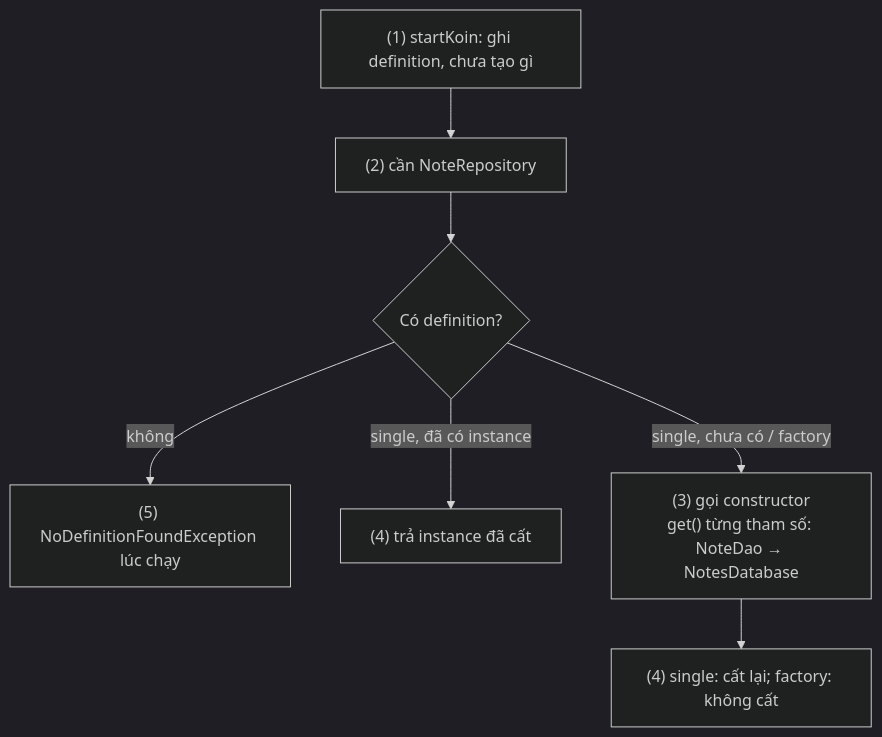
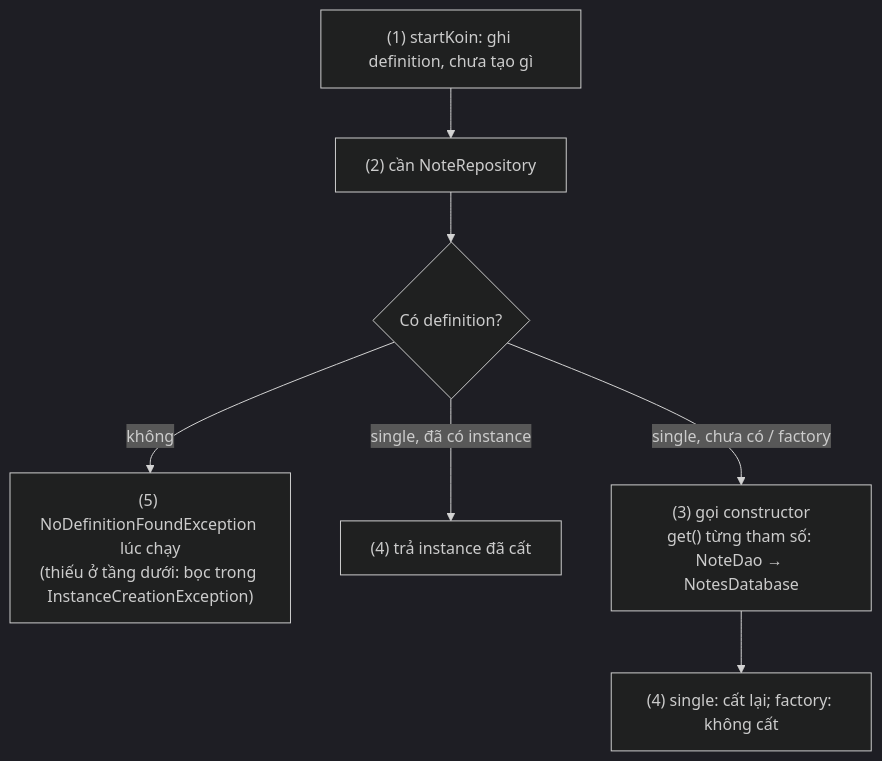
Before and after one commit to h1eu/knowledge: the first of 4 diagrams in knowledge/android/docs/session_07/design_pattern/di/koin.md, drawn with Mermaid (dark theme). The commit also changed other lines of this file and 19 other files, not shown here.

````diff
--- a/knowledge/android/docs/session_07/design_pattern/di/koin.md
+++ b/knowledge/android/docs/session_07/design_pattern/di/koin.md
@@ -98,9 +99,9 @@
 ```mermaid
 flowchart TD
     Start["(1) startKoin: ghi definition, chưa tạo gì"] --> Req["(2) cần NoteRepository"]
     Req --> Found{"Có definition?"}
-    Found -->|"không"| Err["(5) NoDefinitionFoundException lúc chạy"]
+    Found -->|"không"| Err["(5) NoDefinitionFoundException lúc chạy<br/>(thiếu ở tầng dưới: bọc trong InstanceCreationException)"]
     Found -->|"single, đã có instance"| Cached["(4) trả instance đã cất"]
     Found -->|"single, chưa có / factory"| Create["(3) gọi constructor<br/>get() từng tham số: NoteDao → NotesDatabase"]
     Create --> Store["(4) single: cất lại; factory: không cất"]
 ```
````
